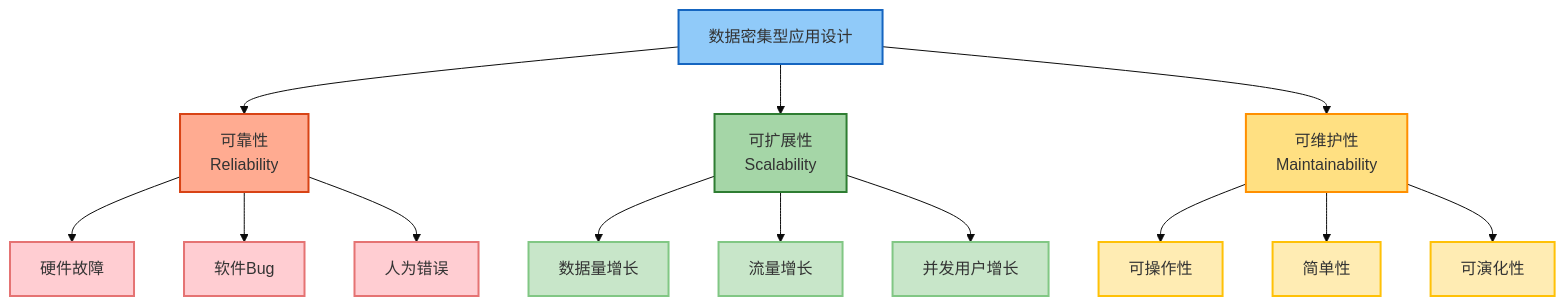
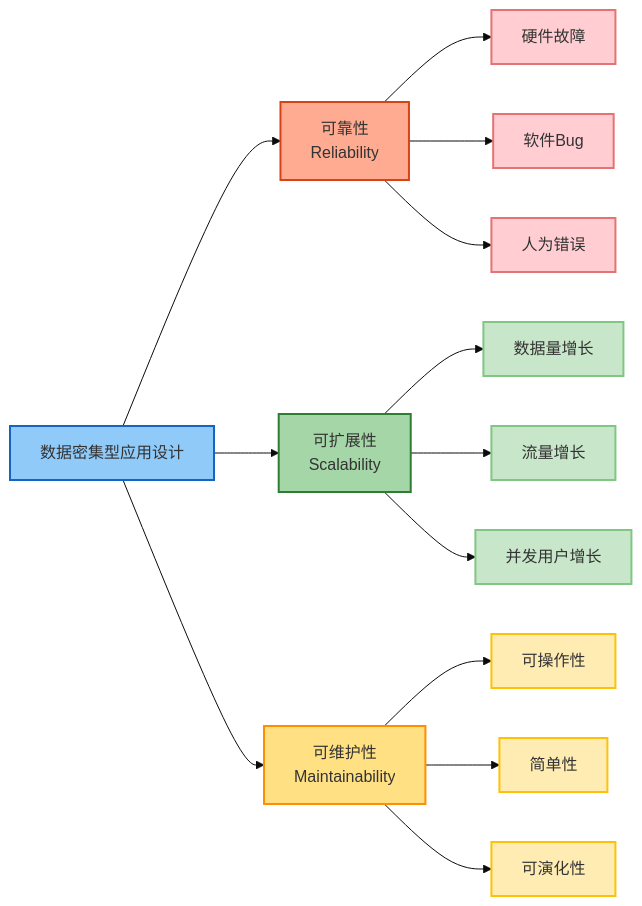
One commit to HenryThomas9587/henry.github.io changed the third of 3 diagrams in docs/notes/ddia/part1-foundations/chapter-01.md. Above: the diagram before and after it, drawn with Mermaid (base theme). The commit also changed other lines of this file and 9 other files, not shown here.

First line of the commit message:
docs(ddia): 优化章节结构和图例布局

````diff
--- a/docs/notes/ddia/part1-foundations/chapter-01.md
+++ b/docs/notes/ddia/part1-foundations/chapter-01.md
@@ -64,34 +99,32 @@
 ```mermaid
-graph TB
-    ROOT[数据密集型应用设计]
-
-    ROOT --> R[可靠性<br/>Reliability]
+graph LR
+    ROOT[数据密集型应用设计] --> R[可靠性<br/>Reliability]
     ROOT --> S[可扩展性<br/>Scalability]
     ROOT --> M[可维护性<br/>Maintainability]
 
     R --> R1[硬件故障]
     R --> R2[软件Bug]
     R --> R3[人为错误]
 
     S --> S1[数据量增长]
     S --> S2[流量增长]
     S --> S3[并发用户增长]
 
     M --> M1[可操作性]
     M --> M2[简单性]
     M --> M3[可演化性]
 
     style ROOT fill:#90CAF9,stroke:#1565C0,stroke-width:2px
     style R fill:#FFAB91,stroke:#D84315,stroke-width:2px
     style S fill:#A5D6A7,stroke:#2E7D32,stroke-width:2px
     style M fill:#FFE082,stroke:#FF8F00,stroke-width:2px
     style R1 fill:#FFCDD2,stroke:#E57373,stroke-width:2px
     style R2 fill:#FFCDD2,stroke:#E57373,stroke-width:2px
     style R3 fill:#FFCDD2,stroke:#E57373,stroke-width:2px
     style S1 fill:#C8E6C9,stroke:#81C784,stroke-width:2px
     style S2 fill:#C8E6C9,stroke:#81C784,stroke-width:2px
     style S3 fill:#C8E6C9,stroke:#81C784,stroke-width:2px
     style M1 fill:#FFECB3,stroke:#FFC107,stroke-width:2px
     style M2 fill:#FFECB3,stroke:#FFC107,stroke-width:2px
     style M3 fill:#FFECB3,stroke:#FFC107,stroke-width:2px
 ```
````
